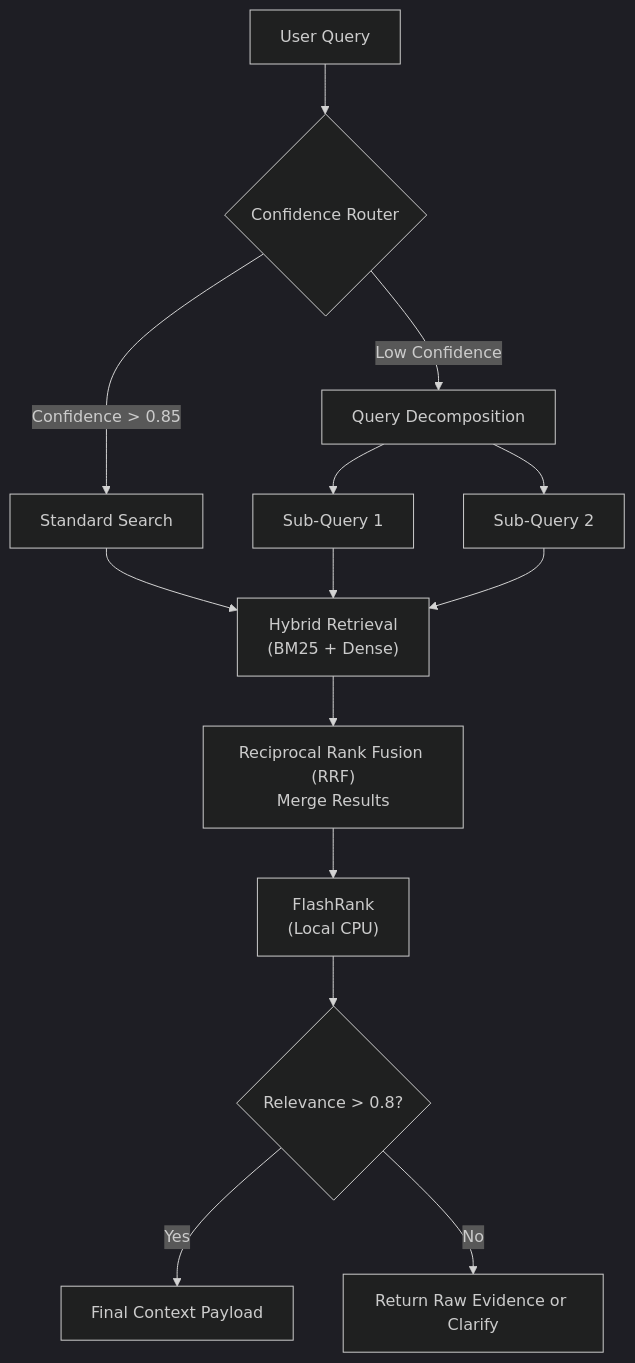
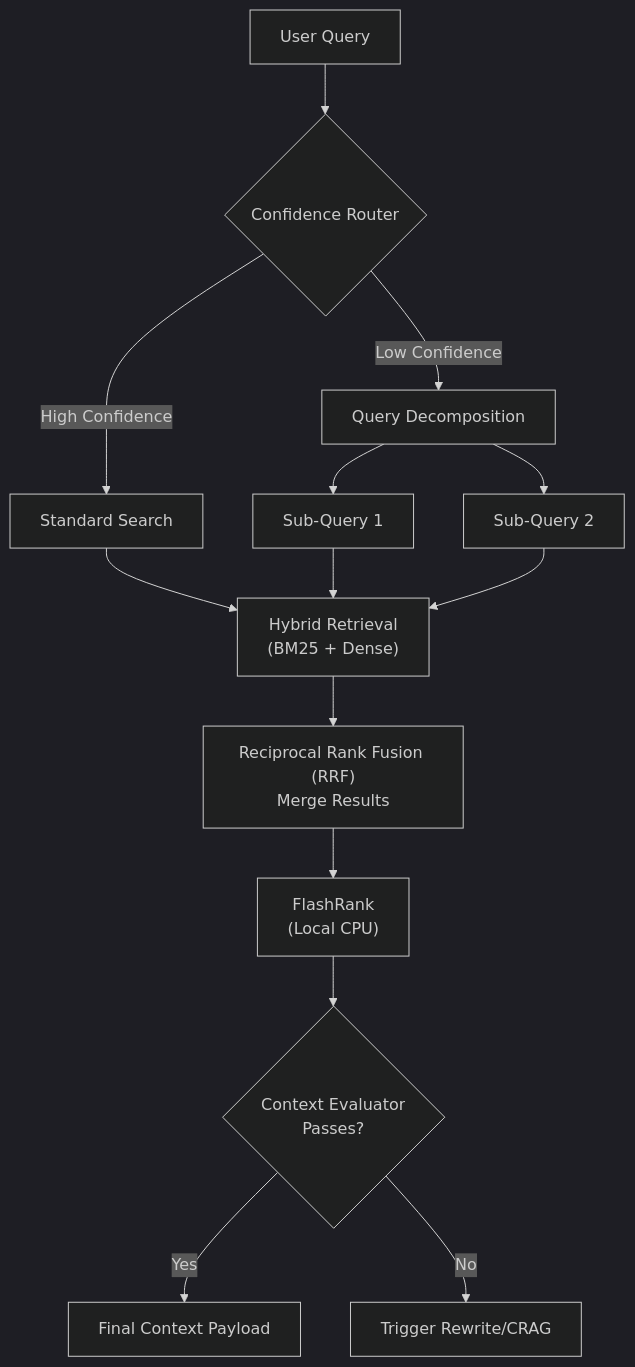
One commit to dpsdagain/RAG changed the fourth of 7 diagrams in rag_final_architecture_2026.md. Above: the diagram before and after it, drawn with Mermaid (dark theme). The commit also changed other lines of this file, not shown here.

Commit message:
docs: fix mermaid syntax and update remaining architecture diagrams

````diff
--- a/rag_final_architecture_2026.md
+++ b/rag_final_architecture_2026.md
@@ -117,21 +117,21 @@
 ```mermaid
 graph TD
     Query["User Query"] --> Router{"Confidence Router"}
     
-    Router -->|Confidence > 0.85| DirectSearch["Standard Search"]
+    Router -->|High Confidence| DirectSearch["Standard Search"]
     Router -->|Low Confidence| Decomp["Query Decomposition"]
     
     Decomp --> SubQ1["Sub-Query 1"]
     Decomp --> SubQ2["Sub-Query 2"]
     
     DirectSearch --> Hybrid["Hybrid Retrieval<br>(BM25 + Dense)"]
     SubQ1 --> Hybrid
     SubQ2 --> Hybrid
     
     Hybrid --> RRF["Reciprocal Rank Fusion (RRF)<br>Merge Results"]
     RRF --> FlashRankRerank["FlashRank<br>(Local CPU)"]
-    FlashRankRerank --> Threshold{"Relevance > 0.8?"}
+    FlashRankRerank --> Evaluator{"Context Evaluator<br>Passes?"}
     
-    Threshold -->|Yes| Final["Final Context Payload"]
-    Threshold -->|No| Fallback["Return Raw Evidence or Clarify"]
+    Evaluator -->|Yes| Final["Final Context Payload"]
+    Evaluator -->|No| Fallback["Trigger Rewrite/CRAG"]
 ```
````
